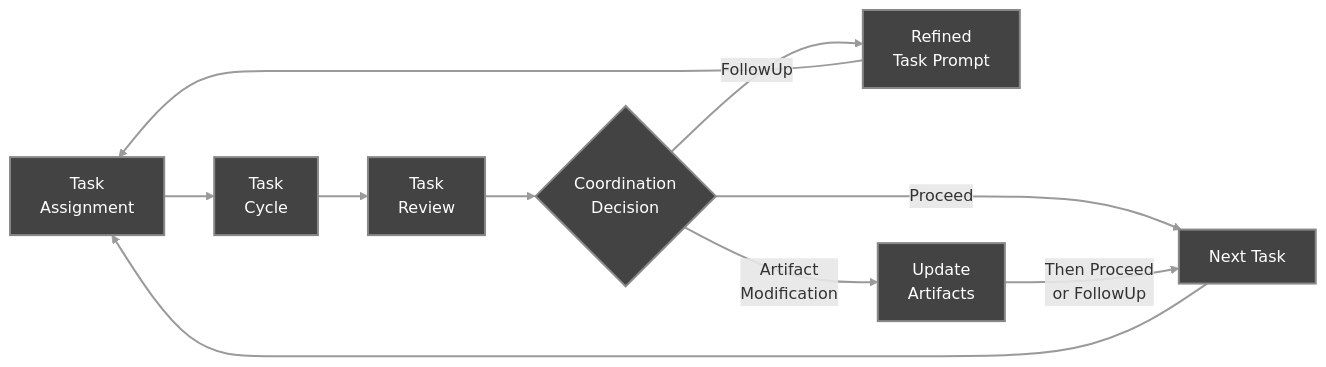
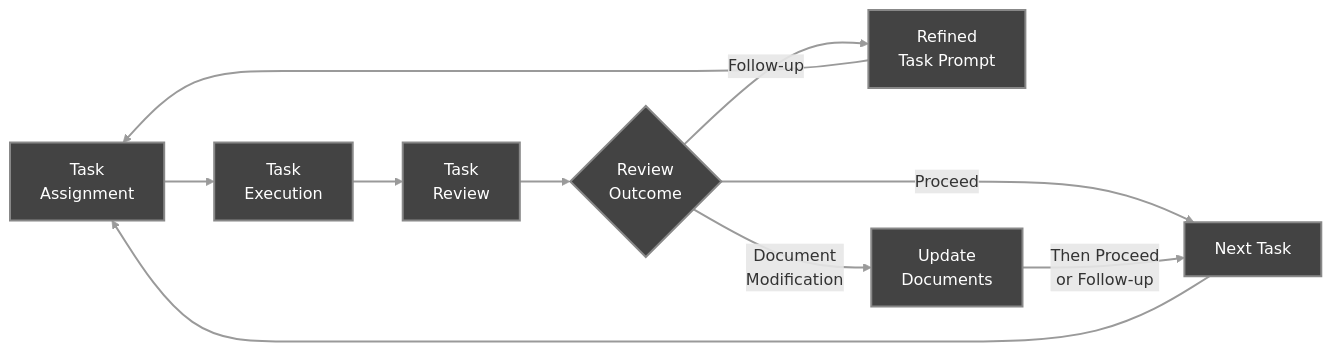
The second of 3 diagrams in docs/Workflow_Overview.md (sdi2200262/agentic-project-management), drawn with Mermaid before and after one commit. The commit also changed other lines of this file and 4 other files, not shown here.

````diff
--- a/docs/Workflow_Overview.md
+++ b/docs/Workflow_Overview.md
@@ -83,15 +83,15 @@
 ```mermaid
 graph LR
-    A[Task<br/>Assignment] --> B[Task<br/>Cycle]
+    A[Task<br/>Assignment] --> B[Task<br/>Execution]
     B --> C[Task<br/>Review]
-    C --> D{Coordination<br/>Decision}
+    C --> D{Review<br/>Outcome}
     D -->|Proceed| E[Next Task]
-    D -->|FollowUp| F[Refined<br/>Task Prompt]
-    D -->|Artifact<br/>Modification| G[Update<br/>Artifacts]
+    D -->|Follow-up| F[Refined<br/>Task Prompt]
+    D -->|Document<br/>Modification| G[Update<br/>Documents]
     E --> A
     F --> A
-    G -->|Then Proceed<br/>or FollowUp| E
+    G -->|Then Proceed<br/>or Follow-up| E
 
     classDef default fill:#434343,stroke:#888888,stroke-width:2px,color:#ffffff
     linkStyle default stroke:#9A9A9A,stroke-width:2px
 ```
````
